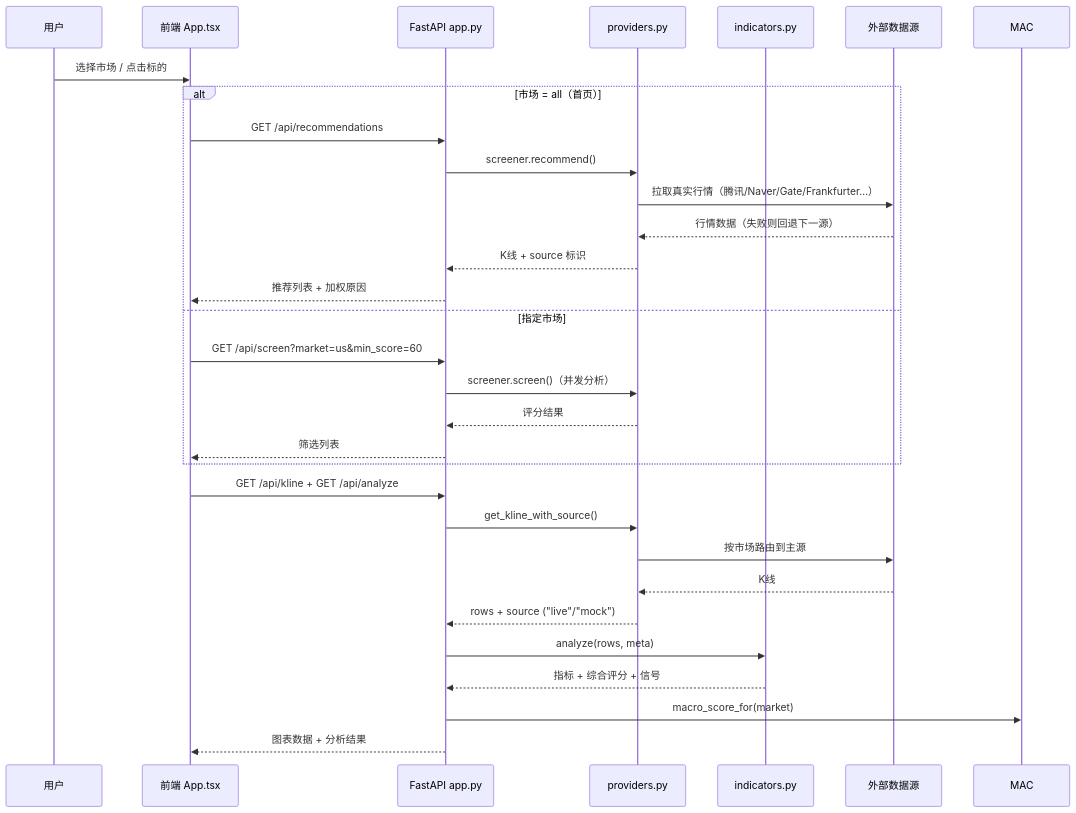
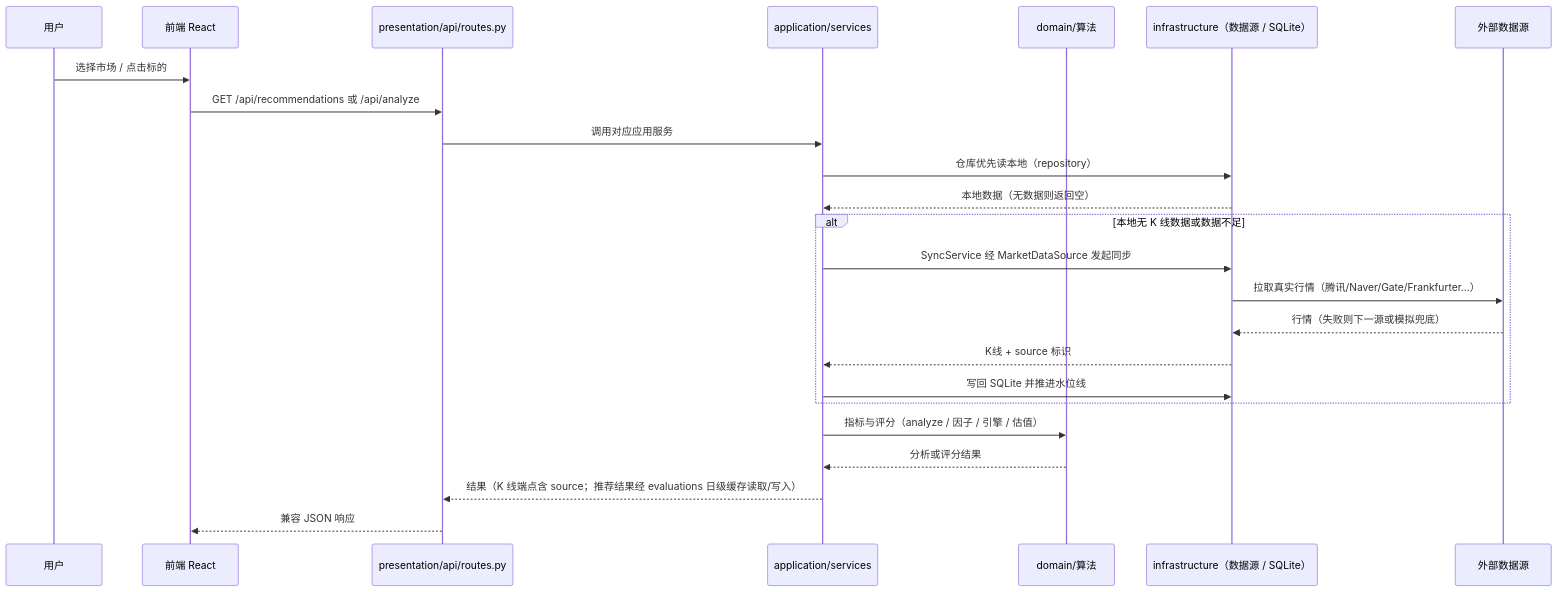
Before and after one commit to lRuix/finresearch: the second of 2 diagrams in docs/ARCHITECTURE.md, drawn with Mermaid. The commit also changed other lines of this file and 2 other files, not shown here.

````diff
--- a/docs/ARCHITECTURE.md
+++ b/docs/ARCHITECTURE.md
@@ -92,34 +86,27 @@
 ```mermaid
 sequenceDiagram
     participant U as 用户
-    participant F as 前端 App.tsx
-    participant A as FastAPI app.py
-    participant P as providers.py
-    participant I as indicators.py
+    participant F as 前端 React
+    participant R as presentation/api/routes.py
+    participant S as application/services
+    participant D as domain/算法
+    participant I as infrastructure（数据源 / SQLite）
     participant X as 外部数据源
 
     U->>F: 选择市场 / 点击标的
-    alt 市场 = all（首页）
-        F->>A: GET /api/recommendations
-        A->>P: screener.recommend()
-        P->>X: 拉取真实行情（腾讯/Naver/Gate/Frankfurter…）
-        X-->>P: 行情数据（失败则回退下一源）
-        P-->>A: K线 + source 标识
-        A-->>F: 推荐列表 + 加权原因
-    else 指定市场
-        F->>A: GET /api/screen?market=us&min_score=60
-        A->>P: screener.screen()（并发分析）
-        P-->>A: 评分结果
-        A-->>F: 筛选列表
+    F->>R: GET /api/recommendations 或 /api/analyze
+    R->>S: 调用对应应用服务
+    S->>I: 仓库优先读本地（repository）
+    I-->>S: 本地数据（无数据则返回空）
+    alt 本地无 K 线数据或数据不足
+        S->>I: SyncService 经 MarketDataSource 发起同步
+        I->>X: 拉取真实行情（腾讯/Naver/Gate/Frankfurter…）
+        X-->>I: 行情（失败则下一源或模拟兜底）
+        I-->>S: K线 + source 标识
+        S->>I: 写回 SQLite 并推进水位线
     end
-
-    F->>A: GET /api/kline + GET /api/analyze
-    A->>P: get_kline_with_source()
-    P->>X: 按市场路由到主源
-    X-->>P: K线
-    P-->>A: rows + source ("live"/"mock")
-    A->>I: analyze(rows, meta)
-    I-->>A: 指标 + 综合评分 + 信号
-    A->>MAC: macro_score_for(market)
-    A-->>F: 图表数据 + 分析结果
+    S->>D: 指标与评分（analyze / 因子 / 引擎 / 估值）
+    D-->>S: 分析或评分结果
+    S-->>R: 结果（K 线端点含 source；推荐结果经 evaluations 日级缓存读取/写入）
+    R-->>F: 兼容 JSON 响应
 ```
````
